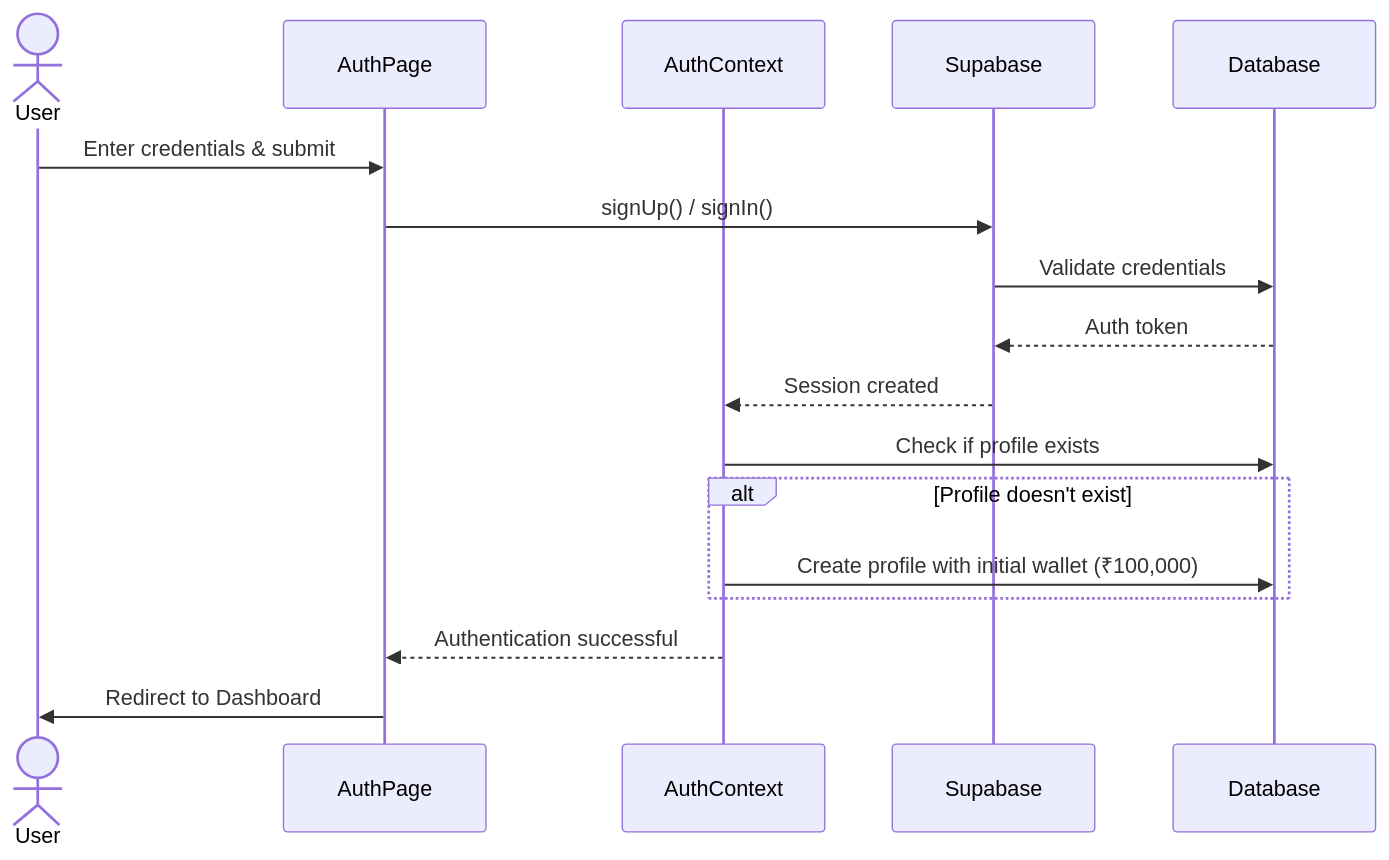
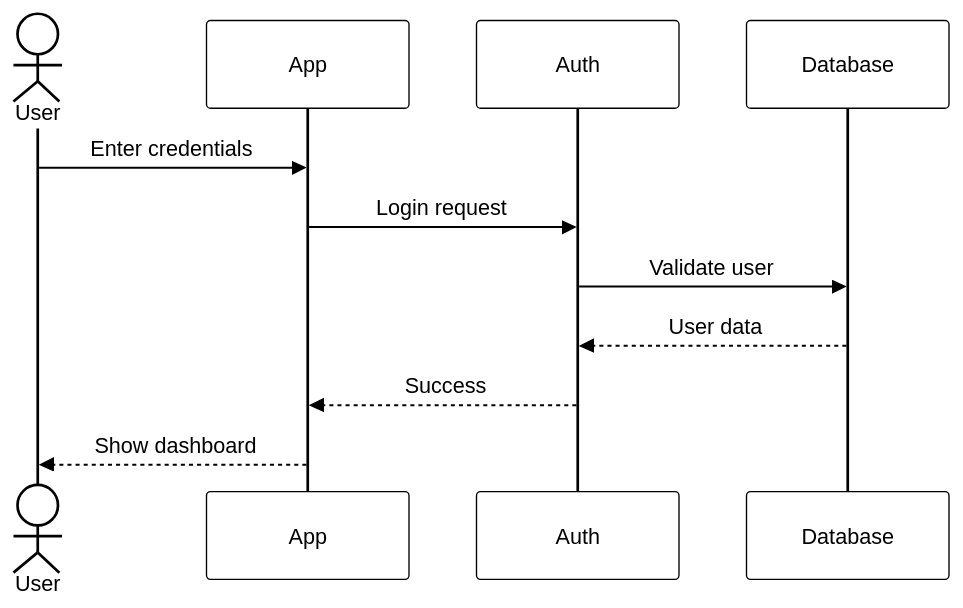
The first of 3 diagrams in docs/sequence-diagrams.md (shubhamsp012/wallet-stock-quest), drawn with Mermaid before and after one commit. The commit also changed other lines of this file and 4 other files, not shown here.

Commit message:
Update diagrams for clarity

````diff
--- a/docs/sequence-diagrams.md
+++ b/docs/sequence-diagrams.md
@@ -5,20 +5,15 @@
 ```mermaid
+%%{init: {'theme':'base', 'themeVariables': {'primaryColor':'#fff','primaryTextColor':'#000','primaryBorderColor':'#000','lineColor':'#000','actorBkg':'#fff','actorBorder':'#000','fontSize':'14px'}}}%%
 sequenceDiagram
     actor User
-    participant AuthPage
-    participant AuthContext
-    participant Supabase
+    participant App
+    participant Auth
     participant Database
     
-    User->>AuthPage: Enter credentials & submit
-    AuthPage->>Supabase: signUp() / signIn()
-    Supabase->>Database: Validate credentials
-    Database-->>Supabase: Auth token
-    Supabase-->>AuthContext: Session created
-    AuthContext->>Database: Check if profile exists
-    alt Profile doesn't exist
-        AuthContext->>Database: Create profile with initial wallet (₹100,000)
-    end
-    AuthContext-->>AuthPage: Authentication successful
-    AuthPage->>User: Redirect to Dashboard
+    User->>App: Enter credentials
+    App->>Auth: Login request
+    Auth->>Database: Validate user
+    Database-->>Auth: User data
+    Auth-->>App: Success
+    App-->>User: Show dashboard
 ```
````
